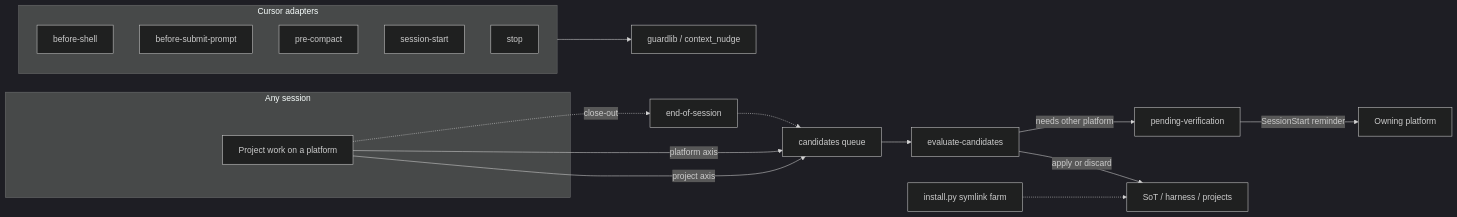
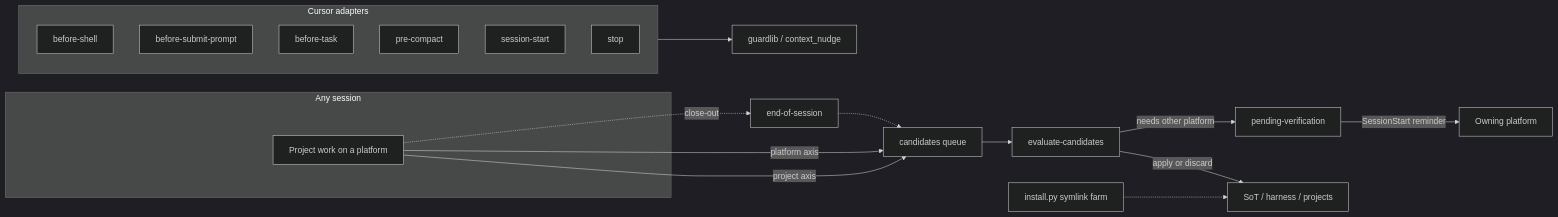
Before and after one commit to emanuele-artioli/coding-agent-config: the first of 2 diagrams in .agent-rules/README.md, drawn with Mermaid (dark theme). The commit also changed other lines of this file and 15 other files, not shown here.

````diff
--- a/.agent-rules/README.md
+++ b/.agent-rules/README.md
@@ -37,23 +37,24 @@
 ```mermaid
 flowchart LR
   subgraph cell [Any session]
     Work[Project work on a platform]
   end
   Work -->|project axis| CQ[candidates queue]
   Work -->|platform axis| CQ
   CQ --> Eval[evaluate-candidates]
   Eval -->|apply or discard| SoT[SoT / harness / projects]
   Eval -->|needs other platform| Verify[pending-verification]
   Verify -->|SessionStart reminder| OtherPlat[Owning platform]
   Work -.->|close-out| Eos[end-of-session]
   Eos -.-> CQ
   subgraph cursorHooks [Cursor adapters]
     ch_before_shell[before-shell]
     ch_before_submit_prompt[before-submit-prompt]
+    ch_before_task[before-task]
     ch_pre_compact[pre-compact]
     ch_session_start[session-start]
     ch_stop[stop]
   end
   cursorHooks --> Guard[guardlib / context_nudge]
   Install[install.py symlink farm] -.-> SoT
 ```
````
